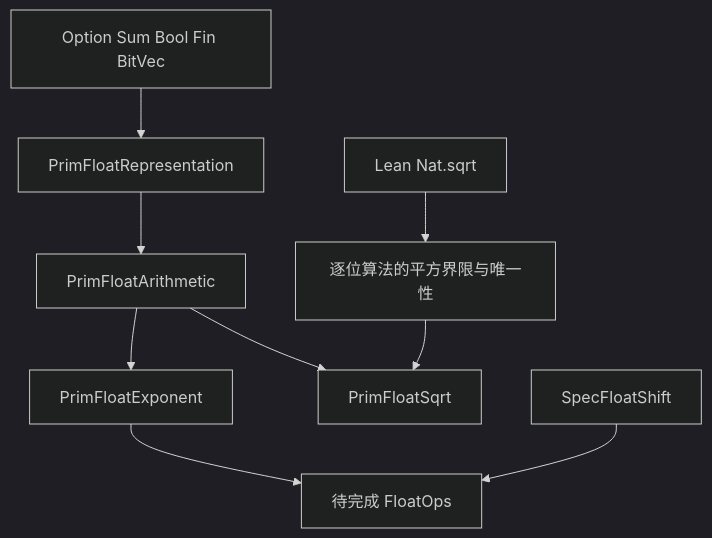
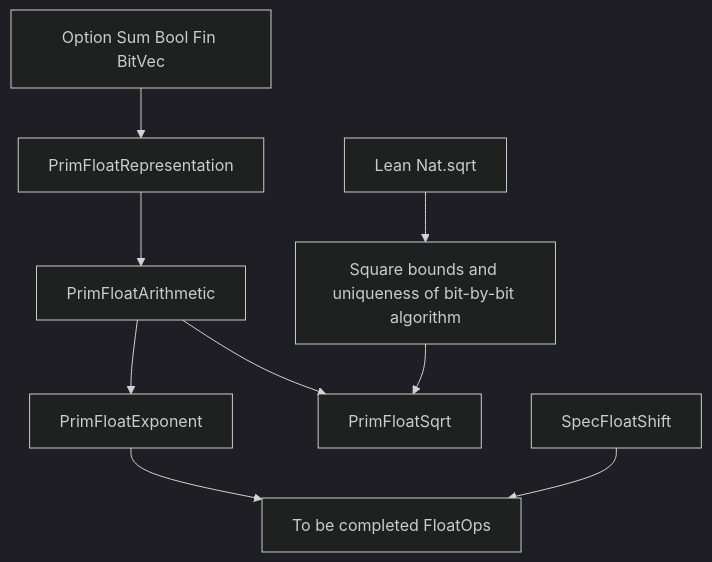
Diagram 24 of 26 in experiments/incremental-correspondence-20261019/DAG.md (jackooo-dddd/rocq-core), drawn with Mermaid (dark theme) before and after one commit. The commit also changed other lines of this file and 701 other files, not shown here.

````diff
--- a/experiments/incremental-correspondence-20261019/DAG.md
+++ b/experiments/incremental-correspondence-20261019/DAG.md
@@ -643,11 +643,11 @@
 ```mermaid
 flowchart TD
   NativeFields[Option Sum Bool Fin BitVec] --> PrimFloatRepresentation
   PrimFloatRepresentation --> PrimFloatArithmetic
   PrimFloatArithmetic --> PrimFloatExponent
   PrimFloatArithmetic --> PrimFloatSqrt
-  NatSqrt[Lean Nat.sqrt] --> IntegerSqrtProof[逐位算法的平方界限与唯一性]
+  NatSqrt[Lean Nat.sqrt] --> IntegerSqrtProof[Square bounds and uniqueness of bit-by-bit algorithm]
   IntegerSqrtProof --> PrimFloatSqrt
-  PrimFloatExponent --> FloatOpsNext[待完成 FloatOps]
+  PrimFloatExponent --> FloatOpsNext[To be completed FloatOps]
   SpecFloatShift --> FloatOpsNext
 ```
````
